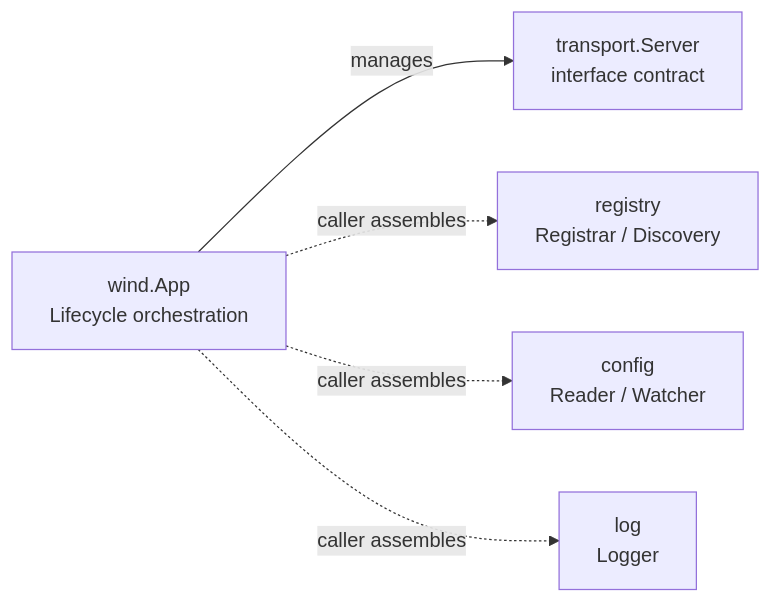
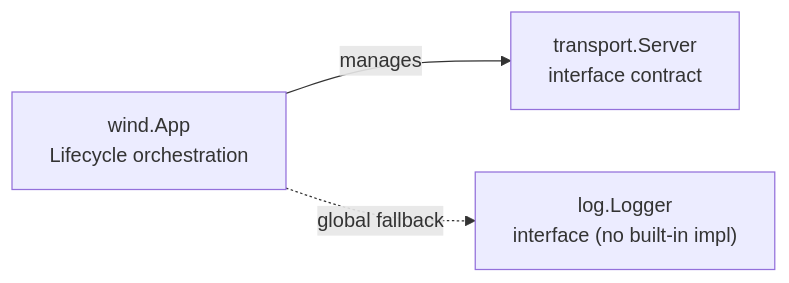
Before and after one commit to tx7do/go-wind: the first of 2 diagrams in README_en.md, drawn with Mermaid. The commit also changed other lines of this file and 19 other files, not shown here.

````diff
--- a/README_en.md
+++ b/README_en.md
@@ -184,8 +180,6 @@
 ```mermaid
 graph LR
     APP["wind.App<br/>Lifecycle orchestration"]
     APP -->|"manages"| SERVER["transport.Server<br/>interface contract"]
-    APP -.->|"caller assembles"| REG["registry<br/>Registrar / Discovery"]
-    APP -.->|"caller assembles"| CFG["config<br/>Reader / Watcher"]
-    APP -.->|"caller assembles"| LOG["log<br/>Logger"]
+    APP -.->|"global fallback"| LOG["log.Logger<br/>interface (no built-in impl)"]
 ```
````
